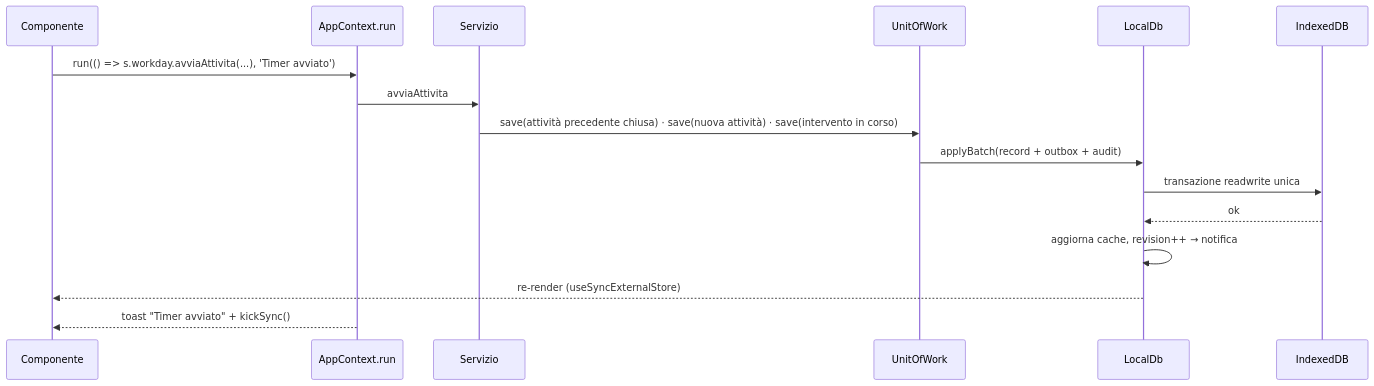
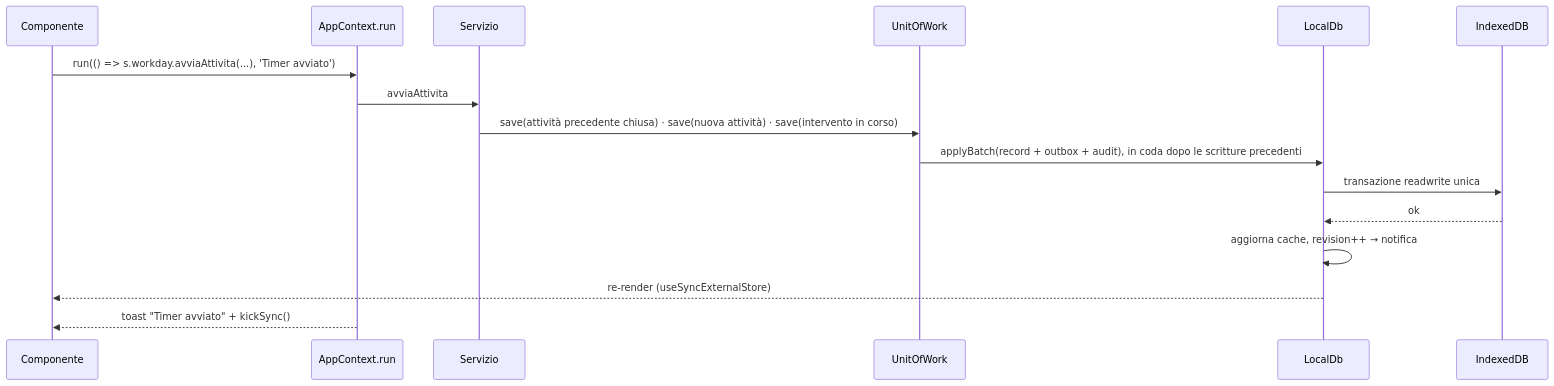
One commit to lcsoon93/worklog-app changed the second of 2 diagrams in docs/03-architettura.md. Above: the diagram before and after it, drawn with Mermaid. The commit also changed other lines of this file and 48 other files, not shown here.

````diff
--- a/docs/03-architettura.md
+++ b/docs/03-architettura.md
@@ -95,18 +113,18 @@
 ```mermaid
 sequenceDiagram
   participant C as Componente
   participant X as AppContext.run
   participant S as Servizio
   participant U as UnitOfWork
   participant L as LocalDb
   participant I as IndexedDB
   C->>X: run(() => s.workday.avviaAttivita(...), 'Timer avviato')
   X->>S: avviaAttivita
   S->>U: save(attività precedente chiusa) · save(nuova attività) · save(intervento in corso)
-  U->>L: applyBatch(record + outbox + audit)
+  U->>L: applyBatch(record + outbox + audit), in coda dopo le scritture precedenti
   L->>I: transazione readwrite unica
   I-->>L: ok
   L->>L: aggiorna cache, revision++ → notifica
   L-->>C: re-render (useSyncExternalStore)
   X-->>C: toast "Timer avviato" + kickSync()
 ```
````
